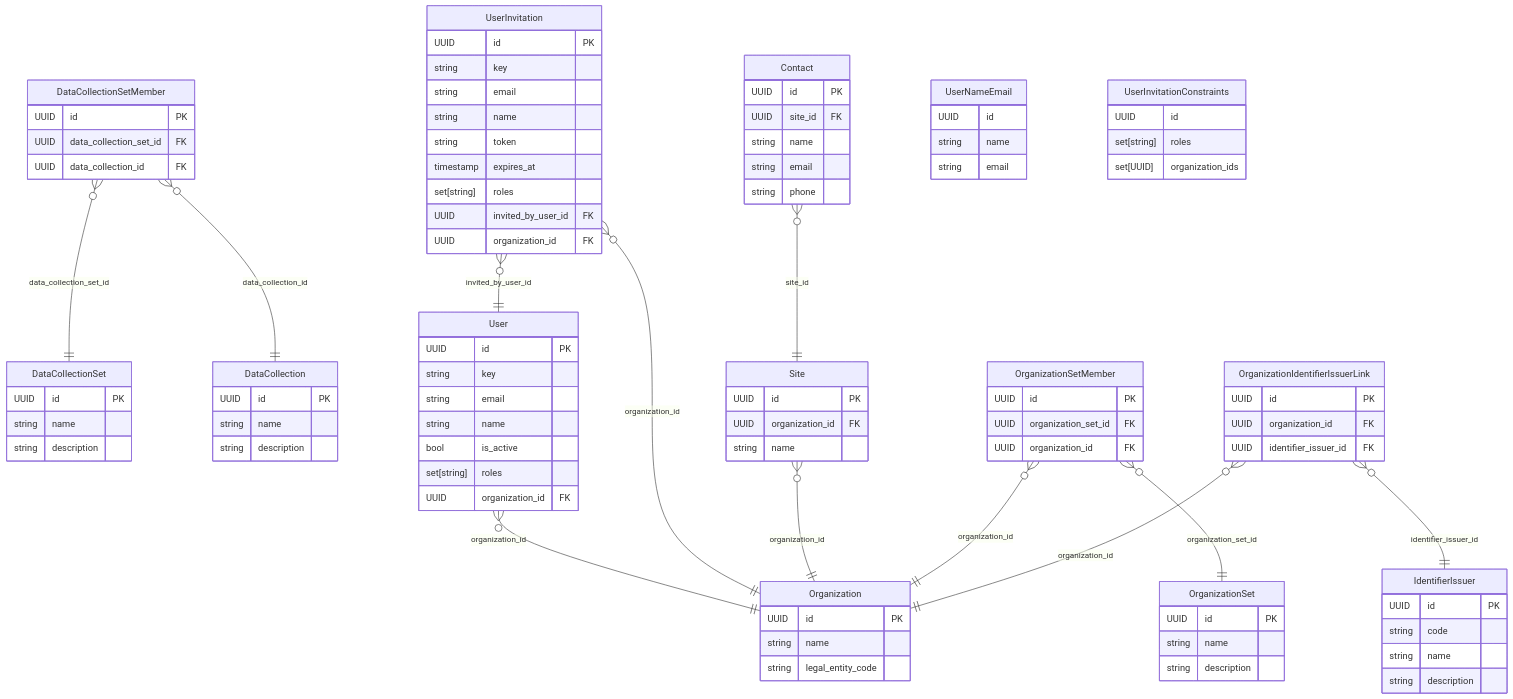
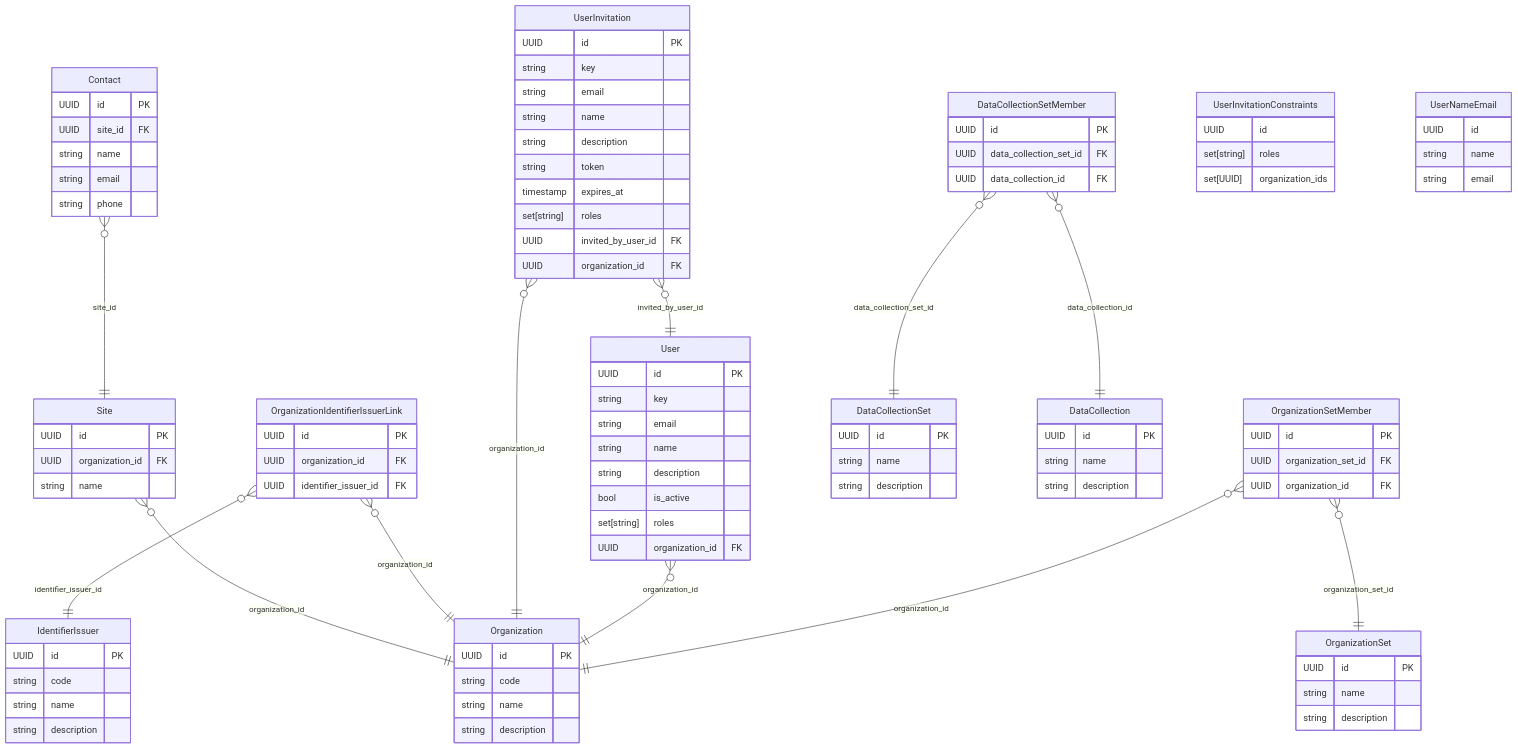
Before and after one commit to RIVM-bioinformatics/gen-epix-api: the diagram in docs/erm/casedb.organization.detailed.md, drawn with Mermaid. The commit also changed 229 other files, not shown here.

````diff
--- a/docs/erm/casedb.organization.detailed.md
+++ b/docs/erm/casedb.organization.detailed.md
@@ -7,41 +7,29 @@
     %% casedb / ORGANIZATION (detailed)
 
     %% Relationships
+    Site }o--|| Organization : "organization_id"
+    Contact }o--|| Site : "site_id"
+    OrganizationIdentifierIssuerLink }o--|| Organization : "organization_id"
+    OrganizationIdentifierIssuerLink }o--|| IdentifierIssuer : "identifier_issuer_id"
+    UserInvitation }o--|| Organization : "organization_id"
+    UserInvitation }o--|| User : "invited_by_user_id"
+    User }o--|| Organization : "organization_id"
+    OrganizationSetMember }o--|| OrganizationSet : "organization_set_id"
+    OrganizationSetMember }o--|| Organization : "organization_id"
     DataCollectionSetMember }o--|| DataCollectionSet : "data_collection_set_id"
     DataCollectionSetMember }o--|| DataCollection : "data_collection_id"
-    Contact }o--|| Site : "site_id"
-    User }o--|| Organization : "organization_id"
-    UserInvitation }o--|| Organization : "organization_id"
-    UserInvitation }o--|| User : "invited_by_user_id"
-    Site }o--|| Organization : "organization_id"
-    OrganizationSetMember }o--|| OrganizationSet : "organization_set_id"
-    OrganizationSetMember }o--|| Organization : "organization_id"
-    OrganizationIdentifierIssuerLink }o--|| Organization : "organization_id"
-    OrganizationIdentifierIssuerLink }o--|| IdentifierIssuer : "identifier_issuer_id"
 
     %% Entity definitions
-    DataCollectionSetMember {
-        UUID id PK
-        UUID data_collection_set_id FK
-        UUID data_collection_id FK
-    }
-
-    DataCollectionSet {
+    DataCollection {
         UUID id PK
         string name
         string description
     }
 
-    OrganizationSet {
+    Site {
         UUID id PK
+        UUID organization_id FK
         string name
-        string description
-    }
-
-    DataCollection {
-        UUID id PK
-        string name
-        string description
     }
 
     Contact {
@@ -50,59 +38,6 @@
         string name
         string email
         string phone
-    }
-
-    User {
-        UUID id PK
-        string key
-        string email
-        string name
-        bool is_active
-        set[string] roles
-        UUID organization_id FK
-    }
-
-    UserInvitation {
-        UUID id PK
-        string key
-        string email
-        string name
-        string token
-        timestamp expires_at
-        set[string] roles
-        UUID invited_by_user_id FK
-        UUID organization_id FK
-    }
-
-    IdentifierIssuer {
-        UUID id PK
-        string code
-        string name
-        string description
-    }
-
-    UserNameEmail {
-        UUID id
-        string name
-        string email
-    }
-
-    Site {
-        UUID id PK
-        UUID organization_id FK
-        string name
-    }
-
-    OrganizationSetMember {
-        UUID id PK
-        UUID organization_set_id FK
-        UUID organization_id FK
-    }
-
-    Organization {
-        UUID id PK
-        string name
-        string legal_entity_code
     }
 
     OrganizationIdentifierIssuerLink {
@@ -117,4 +52,72 @@
         set[UUID] organization_ids
     }
 
+    IdentifierIssuer {
+        UUID id PK
+        string code
+        string name
+        string description
+    }
+
+    UserInvitation {
+        UUID id PK
+        string key
+        string email
+        string name
+        string description
+        string token
+        timestamp expires_at
+        set[string] roles
+        UUID invited_by_user_id FK
+        UUID organization_id FK
+    }
+
+    User {
+        UUID id PK
+        string key
+        string email
+        string name
+        string description
+        bool is_active
+        set[string] roles
+        UUID organization_id FK
+    }
+
+    DataCollectionSet {
+        UUID id PK
+        string name
+        string description
+    }
+
+    OrganizationSetMember {
+        UUID id PK
+        UUID organization_set_id FK
+        UUID organization_id FK
+    }
+
+    Organization {
+        UUID id PK
+        string code
+        string name
+        string description
+    }
+
+    OrganizationSet {
+        UUID id PK
+        string name
+        string description
+    }
+
+    DataCollectionSetMember {
+        UUID id PK
+        UUID data_collection_set_id FK
+        UUID data_collection_id FK
+    }
+
+    UserNameEmail {
+        UUID id
+        string name
+        string email
+    }
+
 ```
````
